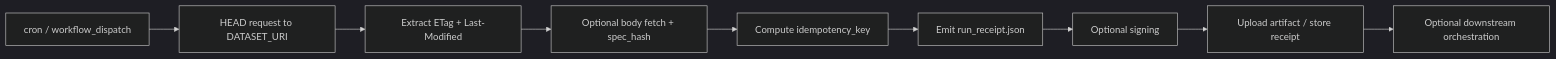
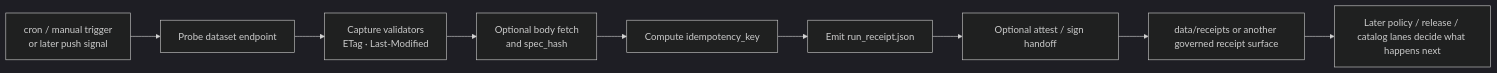
One commit to bartytime4life/Kansas-Frontier-Matrix changed the diagram in docs/patterns/dataset_watch.md. Above: the diagram before and after it, drawn with Mermaid (dark theme). The commit also changed other lines of this file, not shown here.

First line of the commit message:
Revise dataset_watch.md for clarity and ownership updates

````diff
--- a/docs/patterns/dataset_watch.md
+++ b/docs/patterns/dataset_watch.md
@@ -277,11 +282,11 @@
 ```mermaid
 flowchart LR
-  A[cron / workflow_dispatch] --> B[HEAD request to DATASET_URI]
-  B --> C[Extract ETag + Last-Modified]
-  C --> D[Optional body fetch + spec_hash]
-  D --> E[Compute idempotency_key]
-  E --> F[Emit run_receipt.json]
-  F --> G[Optional signing]
-  G --> H[Upload artifact / store receipt]
-  H --> I[Optional downstream orchestration]
+    A[cron / manual trigger<br/>or later push signal] --> B[Probe dataset endpoint]
+    B --> C[Capture validators<br/>ETag · Last-Modified]
+    C --> D[Optional body fetch<br/>and spec_hash]
+    D --> E[Compute idempotency_key]
+    E --> F[Emit run_receipt.json]
+    F --> G[Optional attest / sign handoff]
+    G --> H[data/receipts or another governed receipt surface]
+    H --> I[Later policy / release / catalog lanes decide what happens next]
 ```
````
